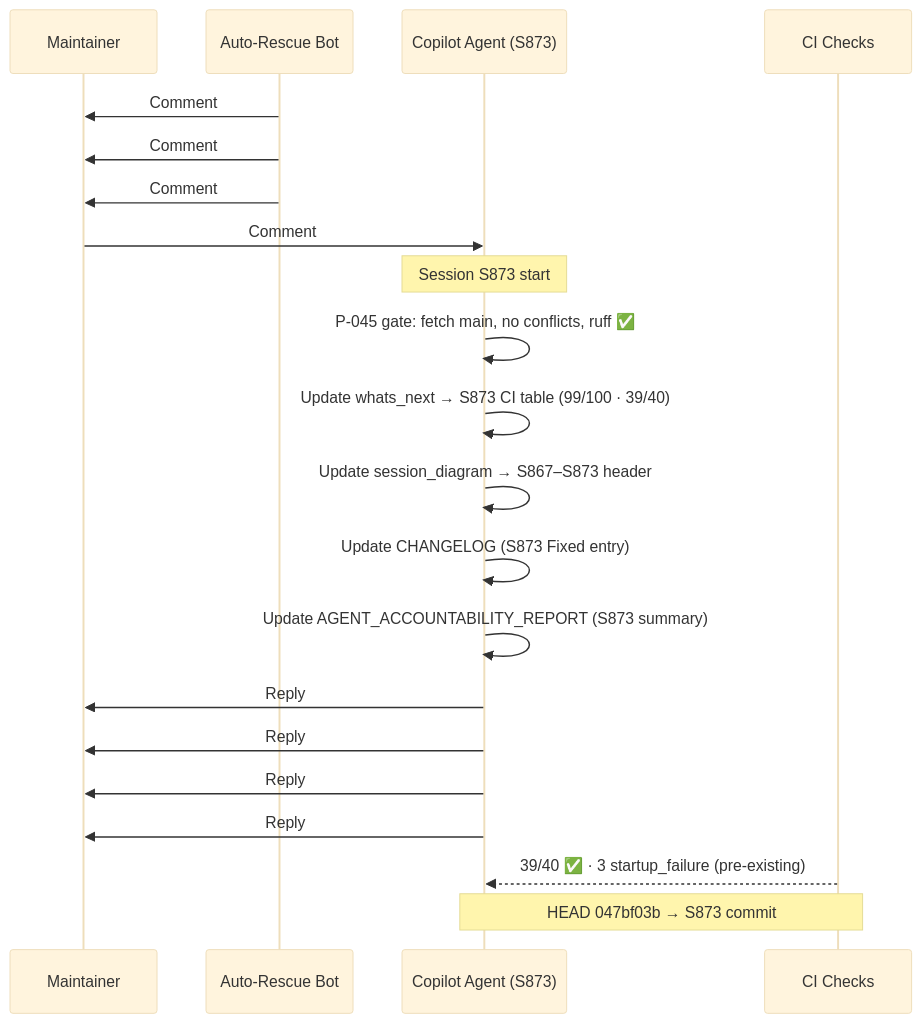
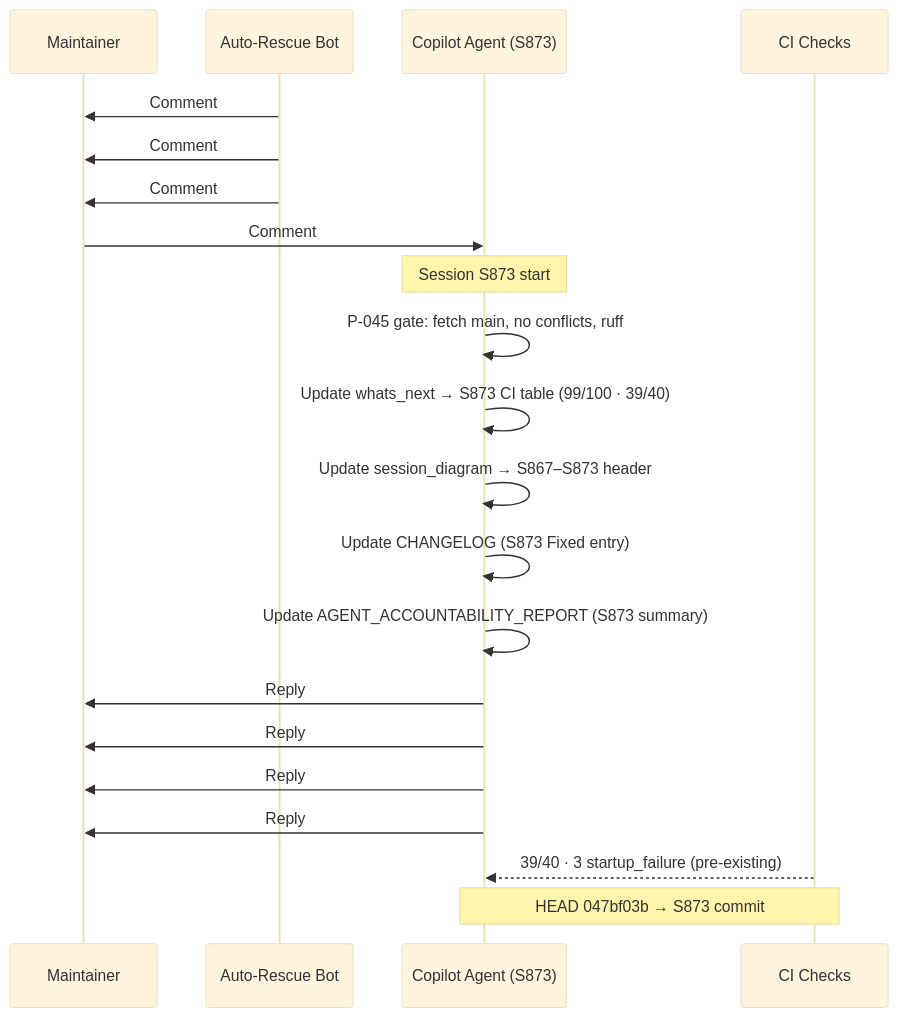
Before and after one commit to Aries-Serpent/_codex_: the ninth of 9 diagrams in docs/plans/PR4356_session_diagram.md, drawn with Mermaid (base theme). The commit also changed other lines of this file and 2029 other files, not shown here.

````diff
--- a/docs/plans/PR4356_session_diagram.md
+++ b/docs/plans/PR4356_session_diagram.md
@@ -351,27 +353,27 @@
 ```mermaid
-%%{init: {'accessibility': {'title': 'Sequence Diagram: >>A: 39/40 ✅ · 3 startup_failu'}}%%
+%%{init: {'accessibility': {'title': 'Sequence Diagram: >>A: 39/40  · 3 startup_failu'}}%%
 sequenceDiagram
     participant M as Maintainer
     participant BOT as Auto-Rescue Bot
     participant A as Copilot Agent (S873)
     participant CI as CI Checks
 
     BOT->>M: Comment #4404718140 — Validation Pipeline failure (commit da2a74be)
     BOT->>M: Comment #4404723111 — CI Rescue (empty commit SHA template)
     BOT->>M: Comment #4404734578 — 99 failures on 95c55bd (8 review comments unresolved)
     M->>A: Comment #4404772494 — Approval Dispatch + @copilot continue
 
     Note over A: Session S873 start
-    A->>A: P-045 gate: fetch main, no conflicts, ruff ✅
+    A->>A: P-045 gate: fetch main, no conflicts, ruff 
     A->>A: Update whats_next → S873 CI table (99/100 · 39/40)
     A->>A: Update session_diagram → S867–S873 header
     A->>A: Update CHANGELOG (S873 Fixed entry)
     A->>A: Update AGENT_ACCOUNTABILITY_REPORT (S873 summary)
     A->>M: Reply #4404718140 — stale commit, resolved in 1252362
     A->>M: Reply #4404723111 — empty SHA template, HEAD clean
     A->>M: Reply #4404734578 — 99 failures resolved in 91763033f
     A->>M: Reply #4404772494 — continued, 99/100, 39/40 passing
 
-    CI-->>A: 39/40 ✅ · 3 startup_failure (pre-existing)
+    CI-->>A: 39/40  · 3 startup_failure (pre-existing)
     Note over A,CI: HEAD 047bf03b → S873 commit
 ```
````
